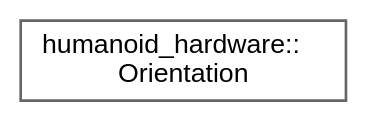
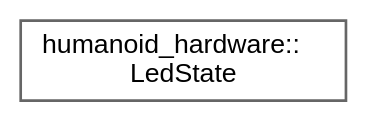
Before and after one commit to Sensor-Fusion-and-Advanced-Control/.github: the diagram in humanoid/api/cpp_generated/inherit_graph_5.dot, drawn with Graphviz. The commit also changed 229 other files, not shown here.

```diff
--- a/humanoid/api/cpp_generated/inherit_graph_5.dot
+++ b/humanoid/api/cpp_generated/inherit_graph_5.dot
@@ -1,9 +1,9 @@
 digraph "Graphical Class Hierarchy"
 {
  // LATEX_PDF_SIZE
   bgcolor="transparent";
   edge [fontname=Helvetica,fontsize=10,labelfontname=Helvetica,labelfontsize=10];
   node [fontname=Helvetica,fontsize=10,shape=box,height=0.2,width=0.4];
   rankdir="LR";
-  Node0 [id="Node000000",label="humanoid_hardware::\lOrientation",height=0.2,width=0.4,color="grey40", fillcolor="white", style="filled",URL="$structhumanoid__hardware_1_1Orientation.html",tooltip=" "];
+  Node0 [id="Node000000",label="humanoid_hardware::\lLedState",height=0.2,width=0.4,color="grey40", fillcolor="white", style="filled",URL="$structhumanoid__hardware_1_1LedState.html",tooltip=" "];
 }
```
